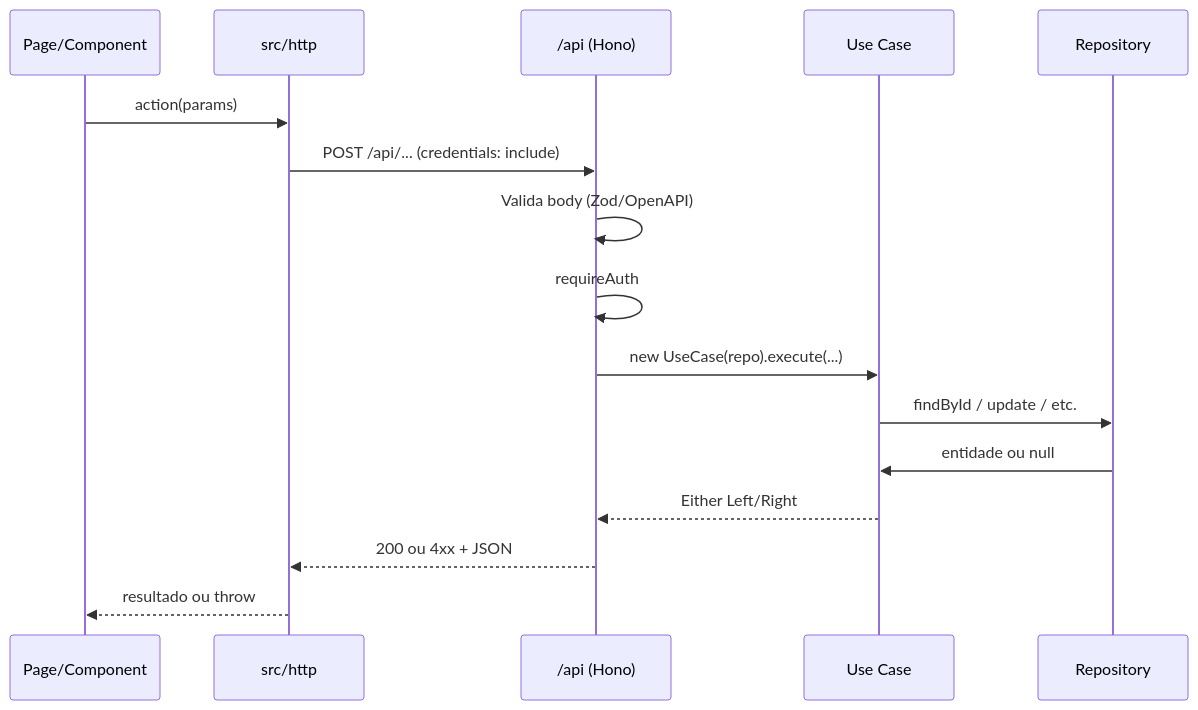
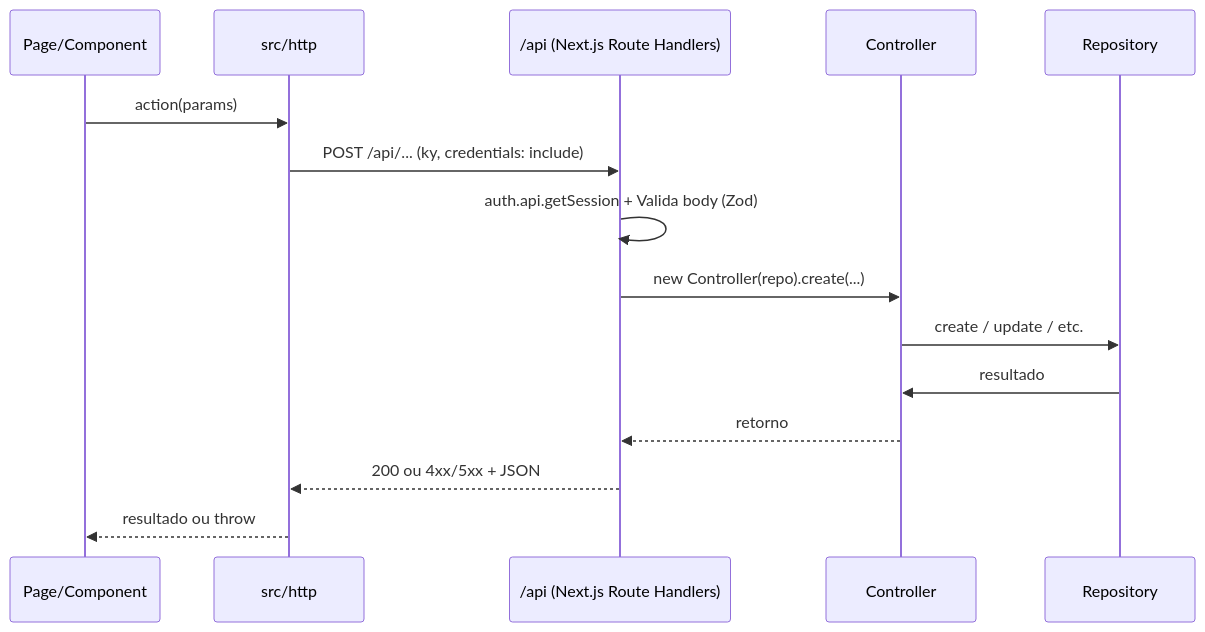
One commit to pedroaba/financial changed the second of 4 diagrams in README.md. Above: the diagram before and after it, drawn with Mermaid. The commit also changed other lines of this file, not shown here.

````diff
--- a/README.md
+++ b/README.md
@@ -116,19 +128,18 @@
 ```mermaid
 sequenceDiagram
   participant Page as Page/Component
   participant Http as src/http
-  participant API as /api (Hono)
-  participant UseCase as Use Case
+  participant API as /api (Next.js Route Handlers)
+  participant Controller as Controller
   participant Repo as Repository
 
   Page->>Http: action(params)
-  Http->>API: POST /api/... (credentials: include)
-  API->>API: Valida body (Zod/OpenAPI)
-  API->>API: requireAuth
-  API->>UseCase: new UseCase(repo).execute(...)
-  UseCase->>Repo: findById / update / etc.
-  Repo->>UseCase: entidade ou null
-  UseCase-->>API: Either Left/Right
-  API-->>Http: 200 ou 4xx + JSON
+  Http->>API: POST /api/... (ky, credentials: include)
+  API->>API: auth.api.getSession + Valida body (Zod)
+  API->>Controller: new Controller(repo).create(...)
+  Controller->>Repo: create / update / etc.
+  Repo->>Controller: resultado
+  Controller-->>API: retorno
+  API-->>Http: 200 ou 4xx/5xx + JSON
   Http-->>Page: resultado ou throw
 ```
````
